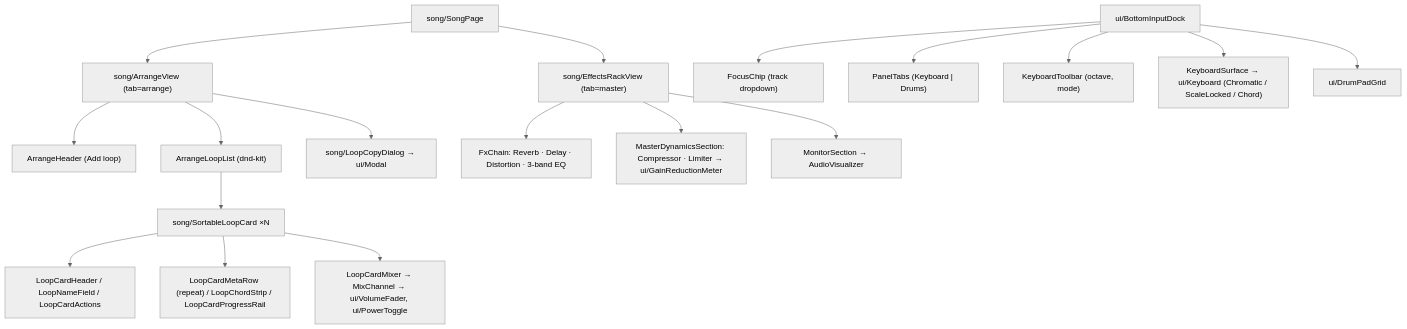
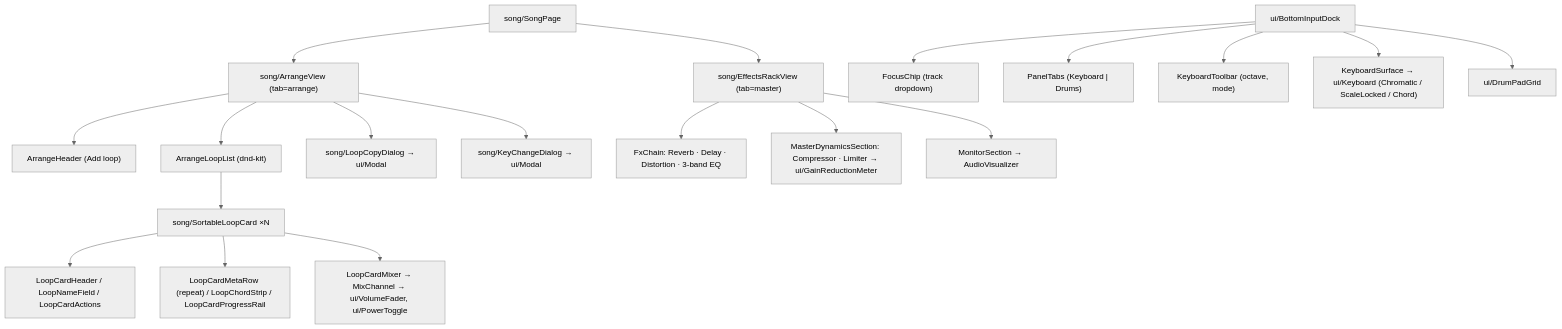
One commit to themiddnight/solna changed the fifth of 5 diagrams in docs/architecture/structure/01-ui.md. Above: the diagram before and after it, drawn with Mermaid (neutral theme). The commit also changed other lines of this file and 8 other files, not shown here.

Commit message:
docs: ADR-0033 batch key change, loops rules and architecture sync (DEV-427)

````diff
--- a/docs/architecture/structure/01-ui.md
+++ b/docs/architecture/structure/01-ui.md
@@ -171,21 +171,22 @@
 ```mermaid
 flowchart TB
   SP["song/SongPage"] --> AV["song/ArrangeView (tab=arrange)"]
   SP --> ER["song/EffectsRackView (tab=master)"]
   AV --> AH["ArrangeHeader (Add loop)"]
   AV --> ALL["ArrangeLoopList (dnd-kit)"]
   ALL --> SLC["song/SortableLoopCard ×N"]
   SLC --> LCH["LoopCardHeader / LoopNameField / LoopCardActions"]
   SLC --> LCM["LoopCardMetaRow (repeat) / LoopChordStrip / LoopCardProgressRail"]
   SLC --> LMX["LoopCardMixer → MixChannel → ui/VolumeFader, ui/PowerToggle"]
   AV --> LCD["song/LoopCopyDialog → ui/Modal"]
+  AV --> KCD["song/KeyChangeDialog → ui/Modal"]
   ER --> FXC["FxChain: Reverb · Delay · Distortion · 3-band EQ"]
   ER --> MDS["MasterDynamicsSection: Compressor · Limiter → ui/GainReductionMeter"]
   ER --> MON["MonitorSection → AudioVisualizer"]
 
   DOCK["ui/BottomInputDock"] --> FC["FocusChip (track dropdown)"]
   DOCK --> PT["PanelTabs (Keyboard | Drums)"]
   DOCK --> KT["KeyboardToolbar (octave, mode)"]
   DOCK --> KS["KeyboardSurface → ui/Keyboard (Chromatic / ScaleLocked / Chord)"]
   DOCK --> DPG["ui/DrumPadGrid"]
 ```
````
